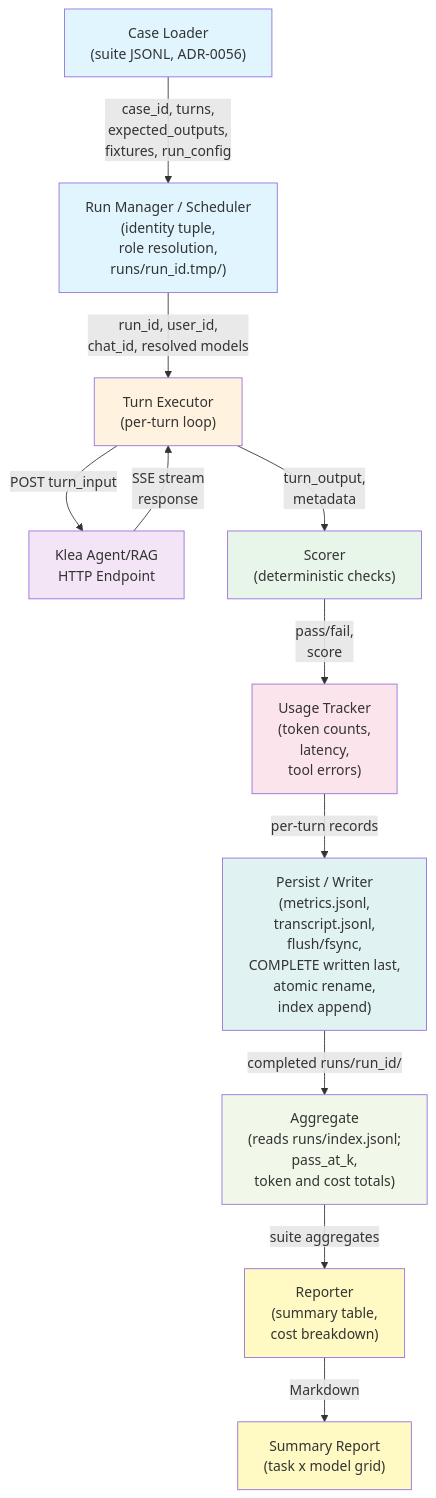
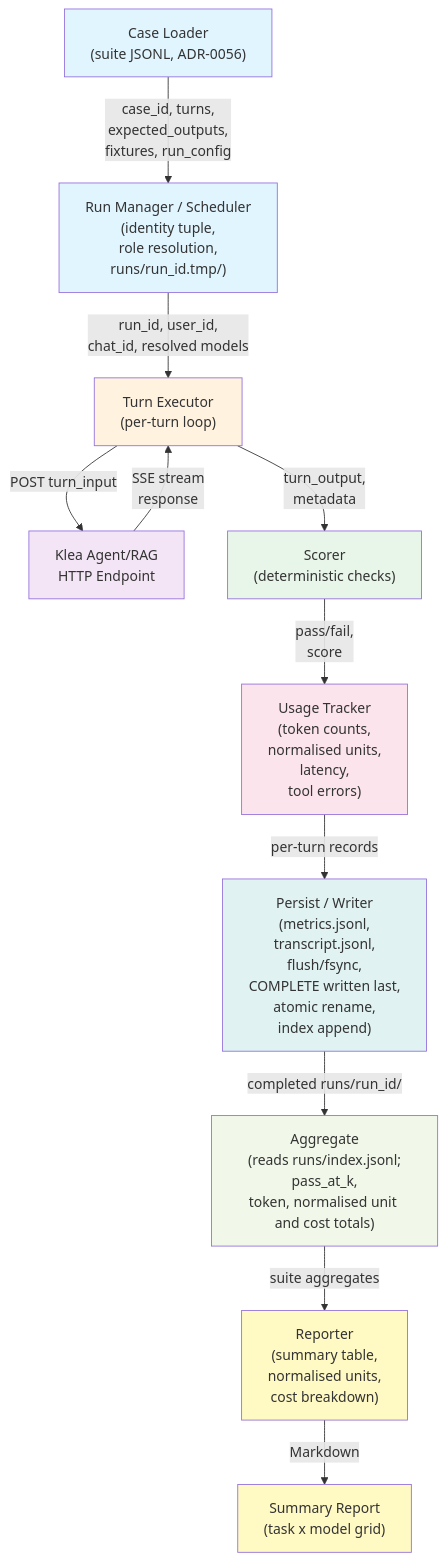
The first of 2 diagrams in devdocs/system/agent-evaluation-harness.md (NeuroML/klea), drawn with Mermaid before and after one commit. The commit also changed other lines of this file and 8 other files, not shown here.

Commit message:
feat(eval): report provider-independent normalised token units

````diff
--- a/devdocs/system/agent-evaluation-harness.md
+++ b/devdocs/system/agent-evaluation-harness.md
@@ -258,32 +258,32 @@
 ```mermaid
 graph TD
     A["Case Loader<br/>(suite JSONL, ADR-0056)"] -->|case_id, turns,<br/>expected_outputs,<br/>fixtures, run_config| B["Run Manager / Scheduler<br/>(identity tuple,<br/>role resolution,<br/>runs/run_id.tmp/)"]
 
     B -->|run_id, user_id,<br/>chat_id, resolved models| C["Turn Executor<br/>(per-turn loop)"]
 
     C -->|POST turn_input| D["Klea Agent/RAG<br/>HTTP Endpoint"]
     D -->|SSE stream<br/>response| C
 
     C -->|turn_output,<br/>metadata| E["Scorer<br/>(deterministic checks)"]
 
-    E -->|pass/fail,<br/>score| F["Usage Tracker<br/>(token counts,<br/>latency,<br/>tool errors)"]
+    E -->|pass/fail,<br/>score| F["Usage Tracker<br/>(token counts,<br/>normalised units,<br/>latency,<br/>tool errors)"]
 
     F -->|per-turn records| G["Persist / Writer<br/>(metrics.jsonl,<br/>transcript.jsonl,<br/>flush/fsync,<br/>COMPLETE written last,<br/>atomic rename,<br/>index append)"]
 
-    G -->|completed runs/run_id/| H["Aggregate<br/>(reads runs/index.jsonl;<br/>pass_at_k,<br/>token and cost totals)"]
+    G -->|completed runs/run_id/| H["Aggregate<br/>(reads runs/index.jsonl;<br/>pass_at_k,<br/>token, normalised unit and cost totals)"]
 
-    H -->|suite aggregates| J["Reporter<br/>(summary table,<br/>cost breakdown)"]
+    H -->|suite aggregates| J["Reporter<br/>(summary table,<br/>normalised units,<br/>cost breakdown)"]
 
     J -->|Markdown| M["Summary Report<br/>(task x model grid)"]
 
     style A fill:#e1f5ff
     style B fill:#e1f5ff
     style C fill:#fff3e0
     style D fill:#f3e5f5
     style E fill:#e8f5e9
     style F fill:#fce4ec
     style G fill:#e0f2f1
     style H fill:#f1f8e9
     style J fill:#fff9c4
     style M fill:#fff9c4
 ```
````
